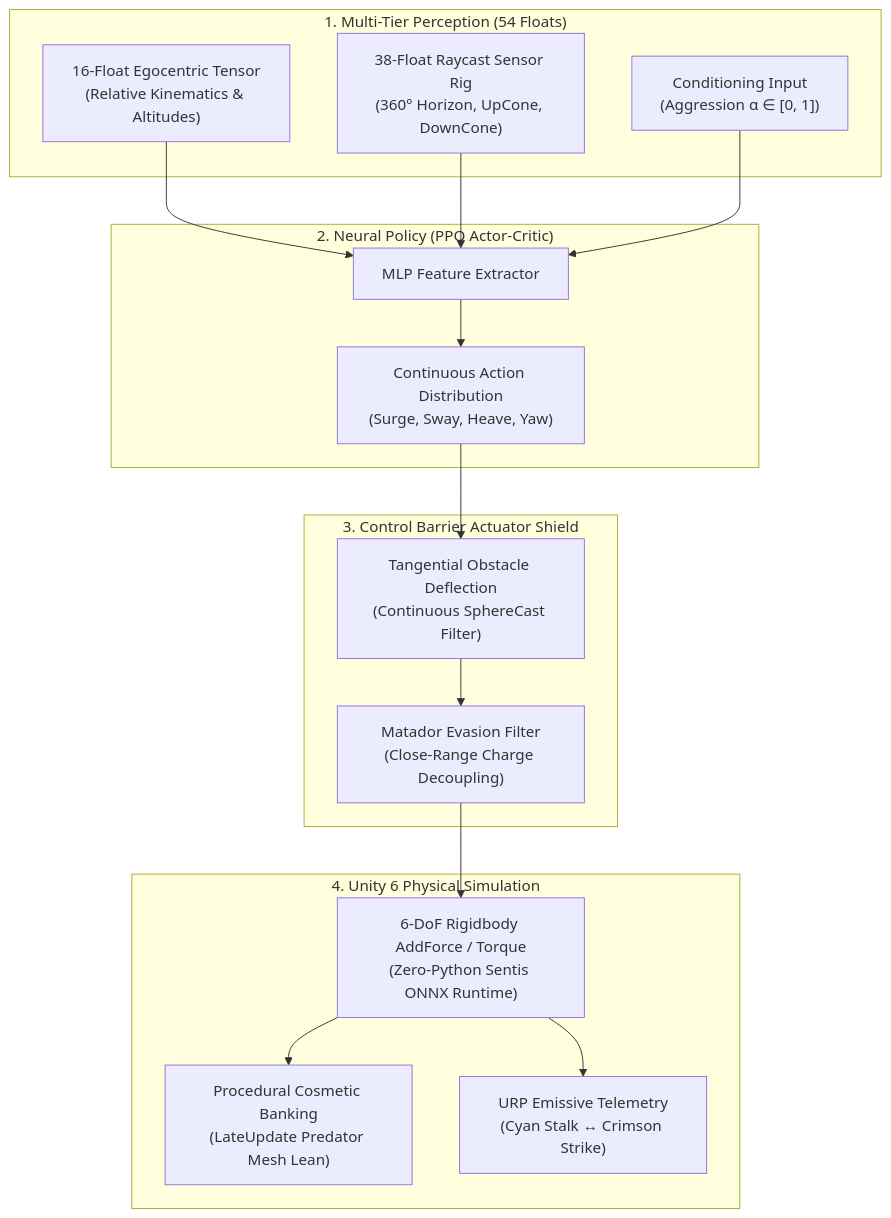
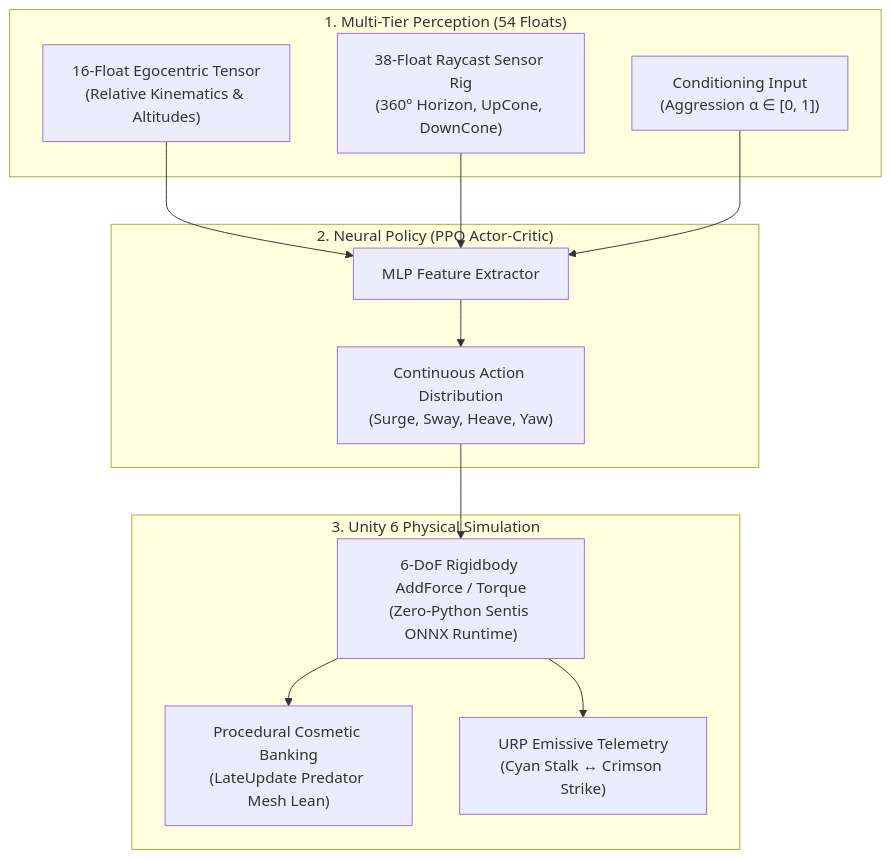
Before and after one commit to jeepixd/GeistForge-Engine: the diagram in README.md, drawn with Mermaid. The commit also changed other lines of this file and 1 other file, not shown here.

Commit message:
refactor: revert to pure end-to-end RL policy and update documentation

````diff
--- a/README.md
+++ b/README.md
@@ -17,34 +17,27 @@
 ```mermaid
 flowchart TD
     subgraph Perception ["1. Multi-Tier Perception (54 Floats)"]
         A1["16-Float Egocentric Tensor\n(Relative Kinematics & Altitudes)"]
         A2["38-Float Raycast Sensor Rig\n(360° Horizon, UpCone, DownCone)"]
         A3["Conditioning Input\n(Aggression α ∈ [0, 1])"]
     end
 
     subgraph Policy ["2. Neural Policy (PPO Actor-Critic)"]
         B1["MLP Feature Extractor"]
         B2["Continuous Action Distribution\n(Surge, Sway, Heave, Yaw)"]
     end
 
-    subgraph Shield ["3. Control Barrier Actuator Shield"]
-        C1["Tangential Obstacle Deflection\n(Continuous SphereCast Filter)"]
-        C2["Matador Evasion Filter\n(Close-Range Charge Decoupling)"]
-    end
-
-    subgraph Runtime ["4. Unity 6 Physical Simulation"]
+    subgraph Runtime ["3. Unity 6 Physical Simulation"]
         D1["6-DoF Rigidbody AddForce / Torque\n(Zero-Python Sentis ONNX Runtime)"]
         D2["Procedural Cosmetic Banking\n(LateUpdate Predator Mesh Lean)"]
         D3["URP Emissive Telemetry\n(Cyan Stalk ↔ Crimson Strike)"]
     end
 
     A1 --> B1
     A2 --> B1
     A3 --> B1
     B1 --> B2
-    B2 --> C1
-    C1 --> C2
-    C2 --> D1
+    B2 --> D1
     D1 --> D2
     D1 --> D3
 ```
````
